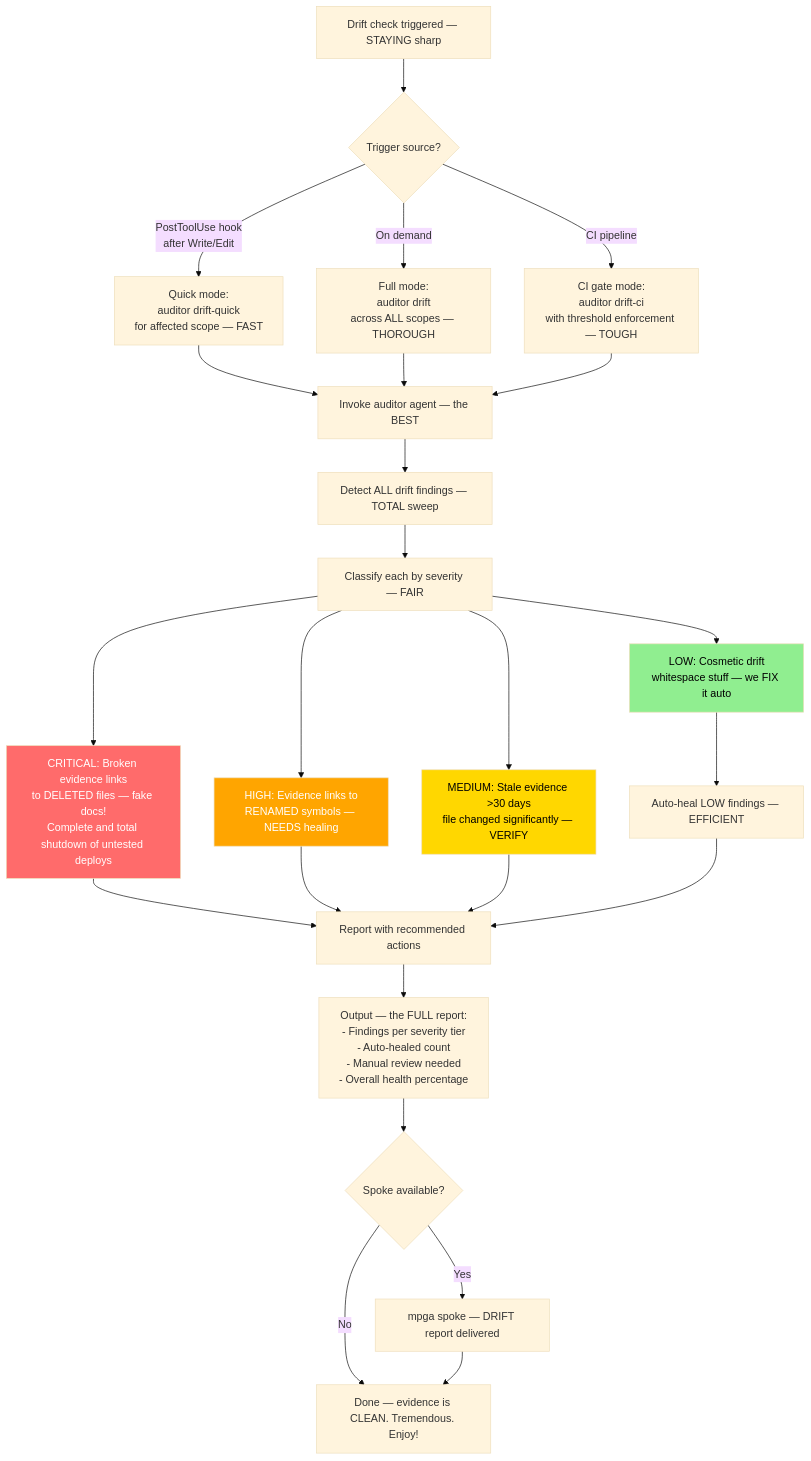
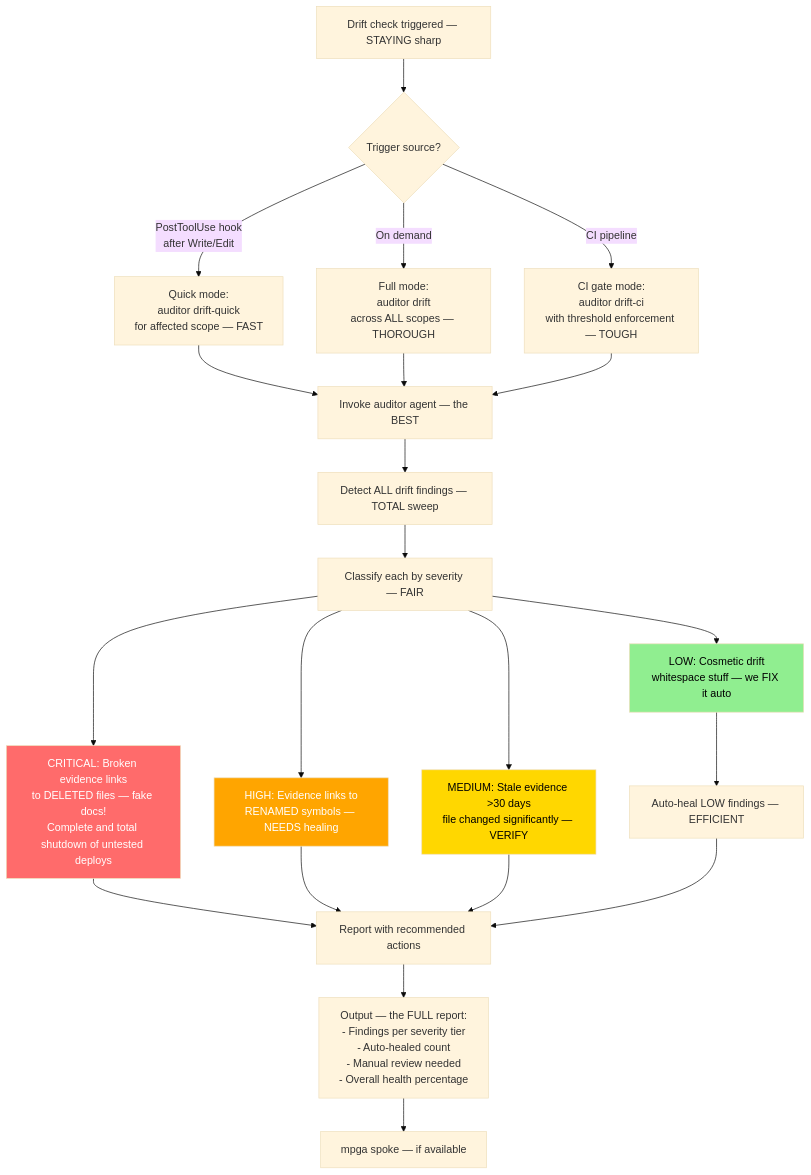
Before and after one commit to benrben/MPGA: the diagram in docs/diagrams/skills/drift-check.md, drawn with Mermaid (base theme). The commit also changed 73 other files, not shown here.

First line of the commit message:
refactor: standardize mpga spoke references across agents and skills

````diff
--- a/docs/diagrams/skills/drift-check.md
+++ b/docs/diagrams/skills/drift-check.md
@@ -5,37 +5,34 @@
 ```mermaid
 flowchart TD
     A[Drift check triggered — STAYING sharp] --> B{Trigger source?}
     B -->|PostToolUse hook\nafter Write/Edit| C[Quick mode:\nauditor drift-quick\nfor affected scope — FAST]
     B -->|On demand| D[Full mode:\nauditor drift\nacross ALL scopes — THOROUGH]
     B -->|CI pipeline| E[CI gate mode:\nauditor drift-ci\nwith threshold enforcement — TOUGH]
 
     C --> F[Invoke auditor agent — the BEST]
     D --> F
     E --> F
 
     F --> G[Detect ALL drift findings — TOTAL sweep]
     G --> H[Classify each by severity — FAIR]
 
     H --> I["CRITICAL: Broken evidence links\nto DELETED files — fake docs!\nComplete and total shutdown of untested deploys"]
     H --> J["HIGH: Evidence links to\nRENAMED symbols — NEEDS healing"]
     H --> K["MEDIUM: Stale evidence >30 days\nfile changed significantly — VERIFY"]
     H --> L["LOW: Cosmetic drift\nwhitespace stuff — we FIX it auto"]
 
     L --> M[Auto-heal LOW findings — EFFICIENT]
     I --> N[Report with recommended actions]
     J --> N
     K --> N
     M --> N
 
     N --> O["Output — the FULL report:\n- Findings per severity tier\n- Auto-healed count\n- Manual review needed\n- Overall health percentage"]
 
-    O --> P{Spoke available?}
-    P -->|Yes| Q[mpga spoke — DRIFT report delivered]
-    P -->|No| R[Done — evidence is CLEAN. Tremendous. Enjoy!]
-    Q --> R
+    O --> P[mpga spoke — if available]
 
     style I fill:#ff6b6b,color:#fff
     style J fill:#ffa500,color:#fff
     style K fill:#ffd700,color:#000
     style L fill:#90ee90,color:#000
 ```
````
